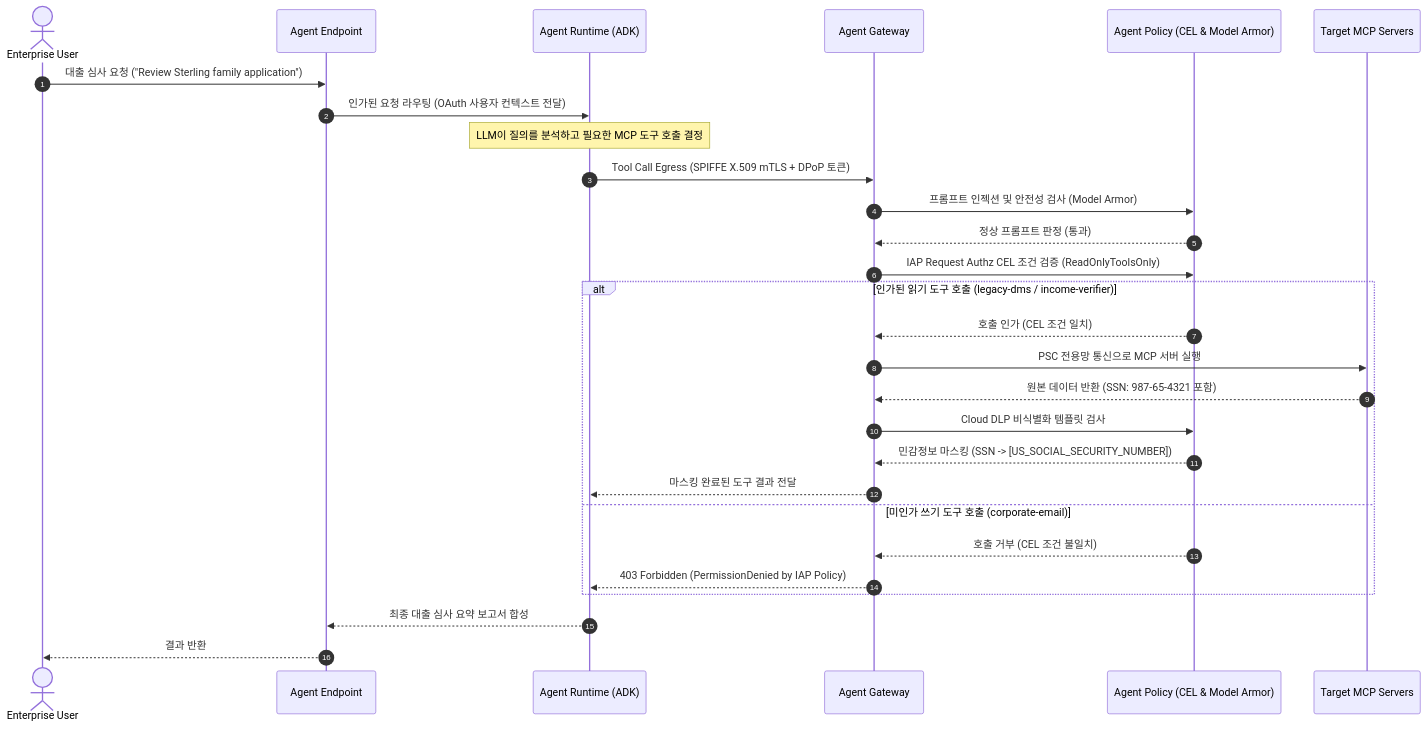
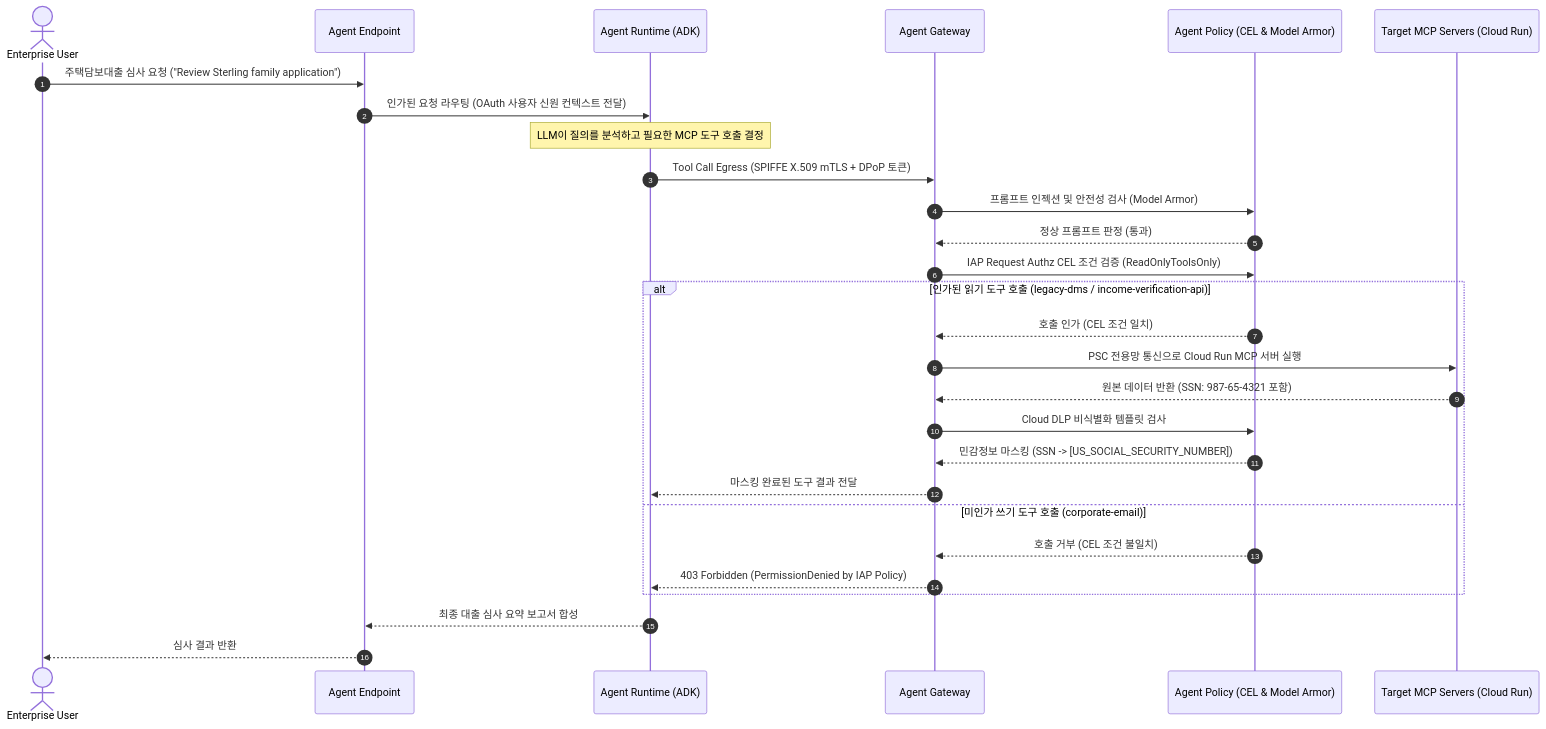
Before and after one commit to ddiger/gemini-enterprise-agent-engine: the second of 2 diagrams in README.ko.md, drawn with Mermaid. The commit also changed other lines of this file and 122 other files, not shown here.

````diff
--- a/README.ko.md
+++ b/README.ko.md
@@ -79,36 +78,36 @@
 ```mermaid
 sequenceDiagram
     autonumber
     actor User as Enterprise User
     participant Endpoint as Agent Endpoint
     participant Runtime as Agent Runtime (ADK)
     participant Gateway as Agent Gateway
     participant Policy as Agent Policy (CEL & Model Armor)
-    participant MCP as Target MCP Servers
+    participant MCP as Target MCP Servers (Cloud Run)
 
-    User->>Endpoint: 대출 심사 요청 ("Review Sterling family application")
-    Endpoint->>Runtime: 인가된 요청 라우팅 (OAuth 사용자 컨텍스트 전달)
+    User->>Endpoint: 주택담보대출 심사 요청 ("Review Sterling family application")
+    Endpoint->>Runtime: 인가된 요청 라우팅 (OAuth 사용자 신원 컨텍스트 전달)
     
     Note over Runtime: LLM이 질의를 분석하고 필요한 MCP 도구 호출 결정
     Runtime->>Gateway: Tool Call Egress (SPIFFE X.509 mTLS + DPoP 토큰)
     
     Gateway->>Policy: 프롬프트 인젝션 및 안전성 검사 (Model Armor)
     Policy-->>Gateway: 정상 프롬프트 판정 (통과)
     
     Gateway->>Policy: IAP Request Authz CEL 조건 검증 (ReadOnlyToolsOnly)
     
-    alt 인가된 읽기 도구 호출 (legacy-dms / income-verifier)
+    alt 인가된 읽기 도구 호출 (legacy-dms / income-verification-api)
         Policy-->>Gateway: 호출 인가 (CEL 조건 일치)
-        Gateway->>MCP: PSC 전용망 통신으로 MCP 서버 실행
+        Gateway->>MCP: PSC 전용망 통신으로 Cloud Run MCP 서버 실행
         MCP-->>Gateway: 원본 데이터 반환 (SSN: 987-65-4321 포함)
         Gateway->>Policy: Cloud DLP 비식별화 템플릿 검사
         Policy-->>Gateway: 민감정보 마스킹 (SSN -> [US_SOCIAL_SECURITY_NUMBER])
         Gateway-->>Runtime: 마스킹 완료된 도구 결과 전달
     else 미인가 쓰기 도구 호출 (corporate-email)
         Policy-->>Gateway: 호출 거부 (CEL 조건 불일치)
         Gateway-->>Runtime: 403 Forbidden (PermissionDenied by IAP Policy)
     end
     
     Runtime-->>Endpoint: 최종 대출 심사 요약 보고서 합성
-    Endpoint-->>User: 결과 반환
+    Endpoint-->>User: 심사 결과 반환
 ```
````
